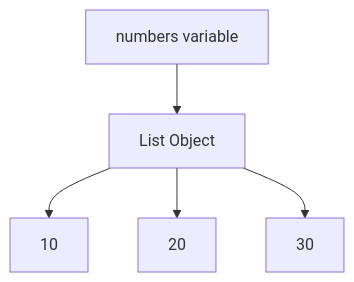
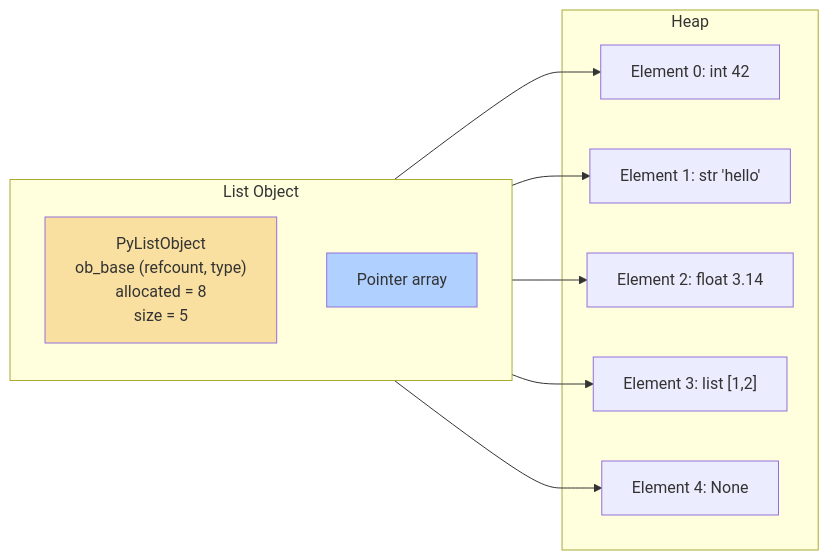
One commit to SonaniAkshit/python-foundation changed the first of 2 diagrams in 02.Strings & Collections/Notes/04.Lists.md. Above: the diagram before and after it, drawn with Mermaid. The commit also changed other lines of this file, not shown here.

First line of the commit message:
Enhance Python Lists chapter with CPython internals, dynamic array theory, advanced operations, and production-grade examples

````diff
--- a/02.Strings & Collections/Notes/04.Lists.md
+++ b/02.Strings & Collections/Notes/04.Lists.md
@@ -172,13 +67,22 @@
 ```mermaid
-flowchart TD
-    A["numbers variable"]
-    B["List Object"]
-    C["10"]
-    D["20"]
-    E["30"]
-
-    A --> B
+graph LR
+    subgraph List Object
+        direction TB
+        A["PyListObject<br/>ob_base (refcount, type)<br/>allocated = 8<br/>size = 5"]
+        B["Pointer array"]
+    end
+    subgraph Heap
+        C["Element 0: int 42"]
+        D["Element 1: str 'hello'"]
+        E["Element 2: float 3.14"]
+        F["Element 3: list [1,2]"]
+        G["Element 4: None"]
+    end
     B --> C
     B --> D
     B --> E
+    B --> F
+    B --> G
+    style A fill:#f9e0a0
+    style B fill:#b0d0ff
 ```
````
